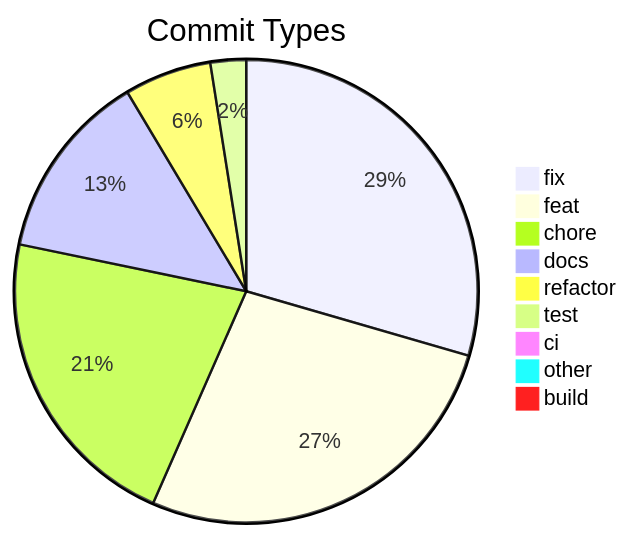
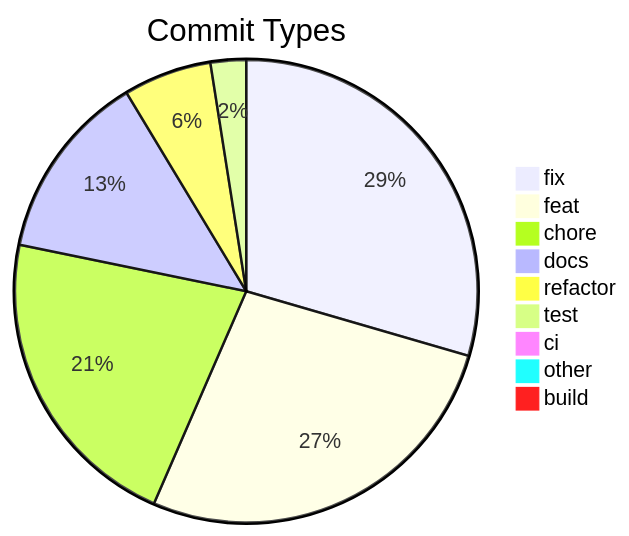
The diagram in .shipwright/compliance/change-history.md (svenroth-ai/shipwright), drawn with Mermaid before and after one commit. The commit also changed other lines of this file and 30 other files, not shown here.

````diff
--- a/.shipwright/compliance/change-history.md
+++ b/.shipwright/compliance/change-history.md
@@ -8,12 +8,12 @@
 ```mermaid
 pie title Commit Types
-    "fix" : 320
+    "fix" : 321
     "feat" : 294
-    "chore" : 235
+    "chore" : 236
     "docs" : 143
-    "refactor" : 66
+    "refactor" : 67
     "test" : 27
     "ci" : 11
     "other" : 7
     "build" : 1
 ```
````
